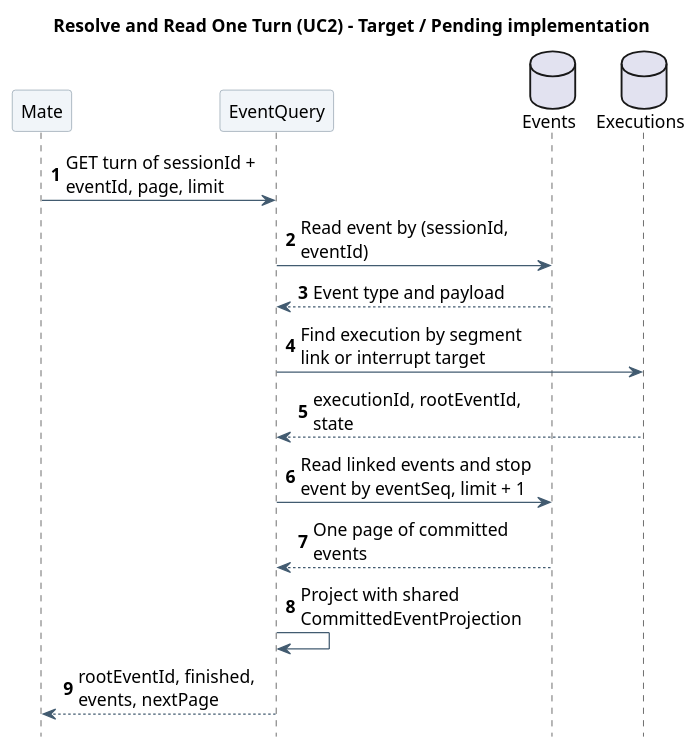
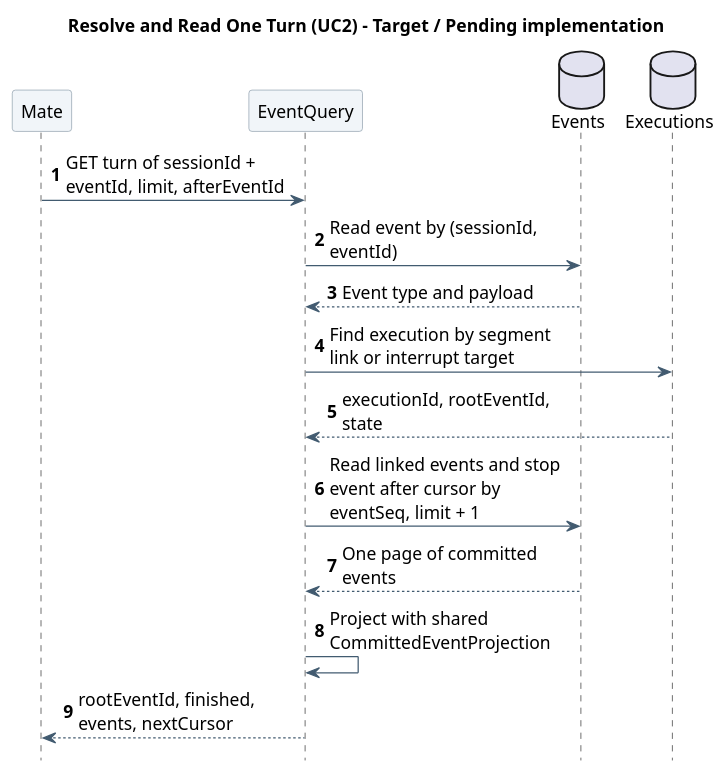
One commit to ssm0808/pi-mono-java-design changed the second of 3 diagrams in 01-总体架构/01-CampusClaw多Agent运行时/设计图/Agent用户事件查询/diagram.puml. Above: the diagram before and after it, drawn with PlantUML. The commit also changed other lines of this file and 5 other files, not shown here.

```diff
--- a/01-总体架构/01-CampusClaw多Agent运行时/设计图/Agent用户事件查询/diagram.puml
+++ b/01-总体架构/01-CampusClaw多Agent运行时/设计图/Agent用户事件查询/diagram.puml
@@ -44,36 +44,36 @@
 @startuml event_turn_resolution
 ' Source evidence: pi-mono-java main 769e86592285f4a25b0febaf551eddea6bc7212c
 ' modules/coding-agent-cli/src/main/java/com/campusclaw/codingagent/runtimeapi/
 ' persistence/RuntimeExecutionPersistenceService.java:acceptMessage,acceptInterrupt,appendEntry
 ' persistence/MyBatisRuntimeExecutionControlRepository.java:linkCommittedEvent,appendToSegment,markTerminal
 ' event/RuntimeCompactionEventProjector.java:persistCompaction
 ' modules/coding-agent-cli/src/main/resources/mapper/session/RuntimeSessionMapper.xml:findCommittedEvent
 ' Observed behavior: user.message, continuations, agent output and idle are linked to segments;
 ' user.interrupt is stored with targetEventId only; in-run compaction is not linked yet.
 ' Design reason: reuse root execution as the turn identity; no new turn table.
 skinparam backgroundColor white
 skinparam defaultFontName SansSerif
 skinparam defaultFontSize 14
 skinparam shadowing false
 skinparam ArrowColor #425B70
 skinparam sequenceParticipantBackgroundColor #F1F5F9
 skinparam sequenceParticipantBorderColor #8496A4
 skinparam sequenceMessageAlign left
 skinparam maxMessageSize 190
 hide footbox
 autonumber
 title Resolve and Read One Turn (UC2) - Target / Pending implementation
 participant "Mate" as Mate
 participant "EventQuery" as Query
 database "Events" as Events
 database "Executions" as Exec
-Mate -> Query : GET turn of sessionId + eventId, page, limit
+Mate -> Query : GET turn of sessionId + eventId, limit, afterEventId
 Query -> Events : Read event by (sessionId, eventId)
 Events --> Query : Event type and payload
 Query -> Exec : Find execution by segment link or interrupt target
 Exec --> Query : executionId, rootEventId, state
-Query -> Events : Read linked events and stop event by eventSeq, limit + 1
+Query -> Events : Read linked events and stop event after cursor by eventSeq, limit + 1
 Events --> Query : One page of committed events
 Query -> Query : Project with shared CommittedEventProjection
-Query --> Mate : rootEventId, finished, events, nextPage
+Query --> Mate : rootEventId, finished, events, nextCursor
 @enduml
```
